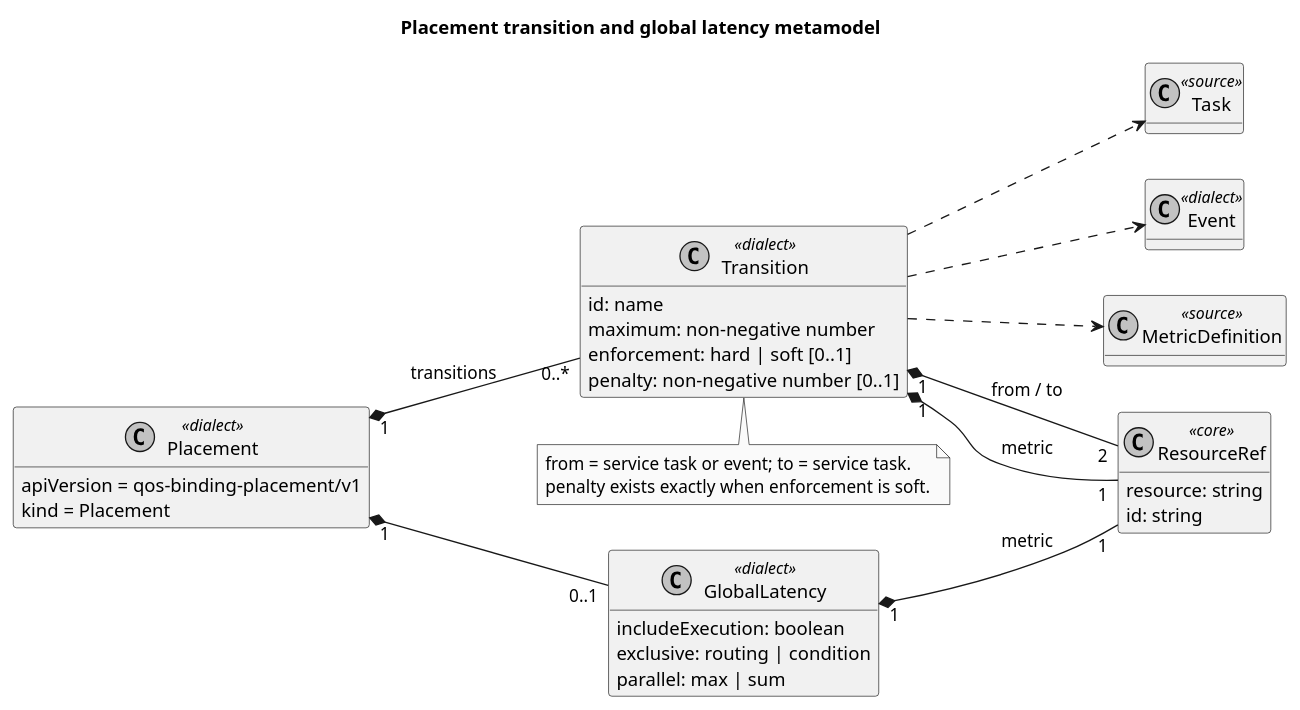
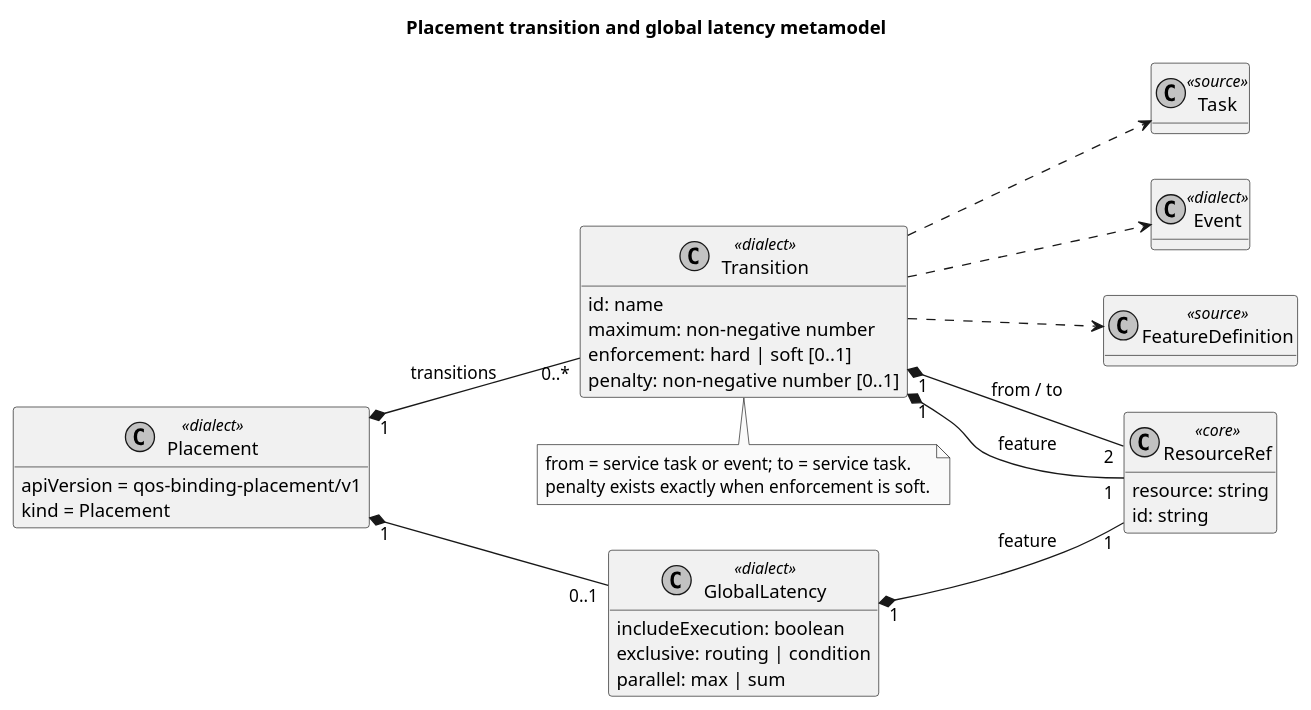
Before and after one commit to isa-group/OpenBinding: the diagram in docs/models/plantuml/03-placement-latency.puml, drawn with PlantUML. The commit also changed 398 other files, not shown here.

First line of the commit message:
refactor(bim): migrate metrics to features across schemas, compiler, engines, and corpus

```diff
--- a/docs/models/plantuml/03-placement-latency.puml
+++ b/docs/models/plantuml/03-placement-latency.puml
@@ -1,45 +1,45 @@
 @startuml
 title Placement transition and global latency metamodel
 left to right direction
 hide methods
 skinparam monochrome true
 skinparam shadowing false
 skinparam classAttributeIconSize 0
 
 class Placement <<dialect>> {
   apiVersion = qos-binding-placement/v1
   kind = Placement
 }
 class Transition <<dialect>> {
   id: name
   maximum: non-negative number
   enforcement: hard | soft [0..1]
   penalty: non-negative number [0..1]
 }
 class GlobalLatency <<dialect>> {
   includeExecution: boolean
   exclusive: routing | condition
   parallel: max | sum
 }
 class ResourceRef <<core>> {
   resource: string
   id: string
 }
 class Task <<source>>
 class Event <<dialect>>
-class MetricDefinition <<source>>
+class FeatureDefinition <<source>>
 
 Placement "1" *-- "0..*" Transition : transitions
 Placement "1" *-- "0..1" GlobalLatency
 Transition "1" *-- "2" ResourceRef : from / to
-Transition "1" *-- "1" ResourceRef : metric
+Transition "1" *-- "1" ResourceRef : feature
 Transition ..> Task
 Transition ..> Event
-Transition ..> MetricDefinition
-GlobalLatency "1" *-- "1" ResourceRef : metric
+Transition ..> FeatureDefinition
+GlobalLatency "1" *-- "1" ResourceRef : feature
 
 note bottom of Transition
   from = service task or event; to = service task.
   penalty exists exactly when enforcement is soft.
 end note
 @enduml
```
